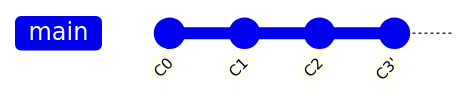
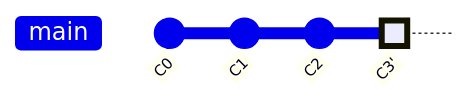
One commit to heng1025/git-slides changed diagram 11 of 11 in slides.md. Above: the diagram before and after it, drawn with Mermaid. The commit also changed other lines of this file and 1 other file, not shown here.

````diff
--- a/slides.md
+++ b/slides.md
@@ -341,7 +352,7 @@
 ```mermaid
 gitGraph
   commit id: "C0"
   commit id: "C1"
   commit id: "C2"
-  commit id: "C3'"
+  commit id: "C3'" type: HIGHLIGHT
 ```
````
